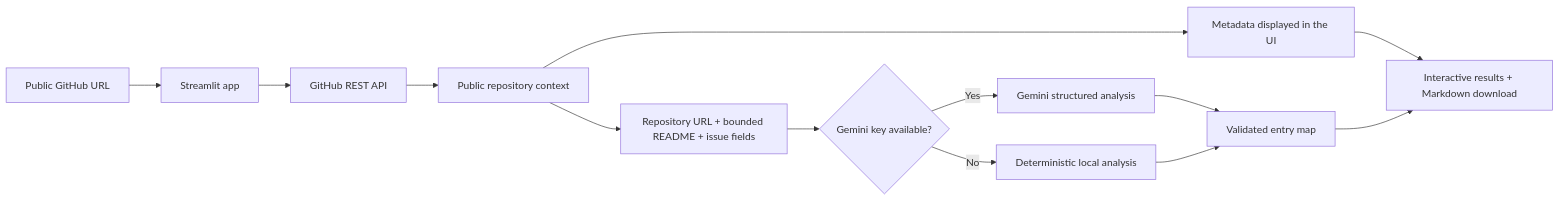
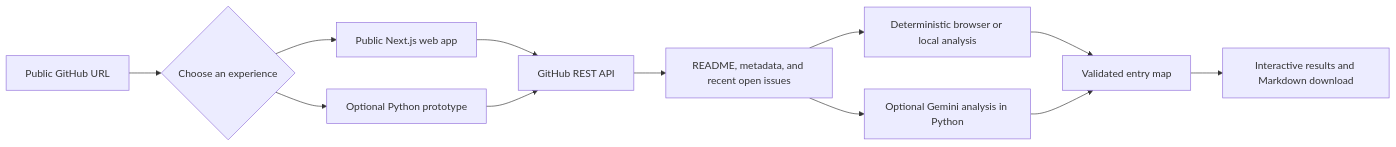
One commit to samu998676/First-Contribution-Map changed the diagram in README.md. Above: the diagram before and after it, drawn with Mermaid. The commit also changed other lines of this file and 1 other file, not shown here.

First line of the commit message:
Refresh README and project metadata

````diff
--- a/README.md
+++ b/README.md
@@ -43,15 +55,14 @@
 ```mermaid
 flowchart LR
-    U[Public GitHub URL] --> A[Streamlit app]
-    A --> G[GitHub REST API]
-    G --> C[Public repository context]
-    C --> R[Metadata displayed in the UI]
-    C --> P[Repository URL + bounded README + issue fields]
-    P --> D{Gemini key available?}
-    D -- Yes --> M[Gemini structured analysis]
-    D -- No --> H[Deterministic local analysis]
-    M --> E[Validated entry map]
-    H --> E
-    R --> V[Interactive results + Markdown download]
-    E --> V
+    U[Public GitHub URL] --> X{Choose an experience}
+    X --> W[Public Next.js web app]
+    X --> P[Optional Python prototype]
+    W --> G[GitHub REST API]
+    P --> G
+    G --> C[README, metadata, and recent open issues]
+    C --> H[Deterministic browser or local analysis]
+    C --> M[Optional Gemini analysis in Python]
+    H --> E[Validated entry map]
+    M --> E
+    E --> V[Interactive results and Markdown download]
 ```
````
